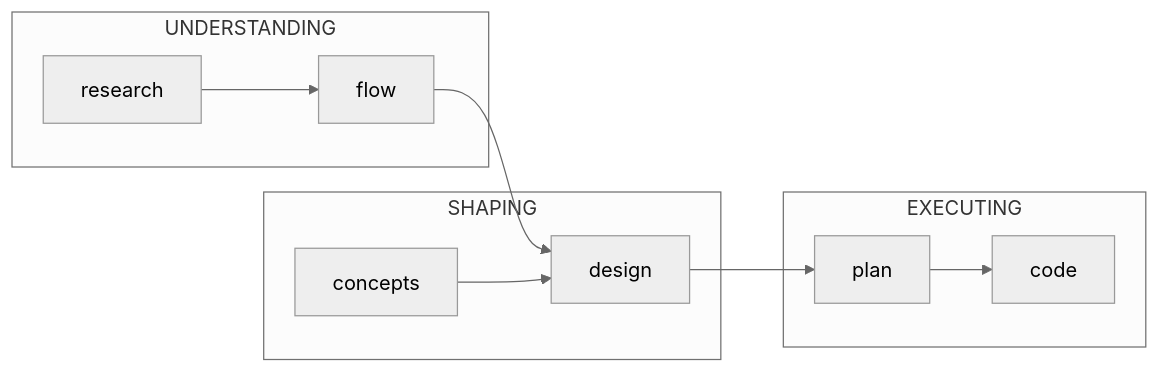
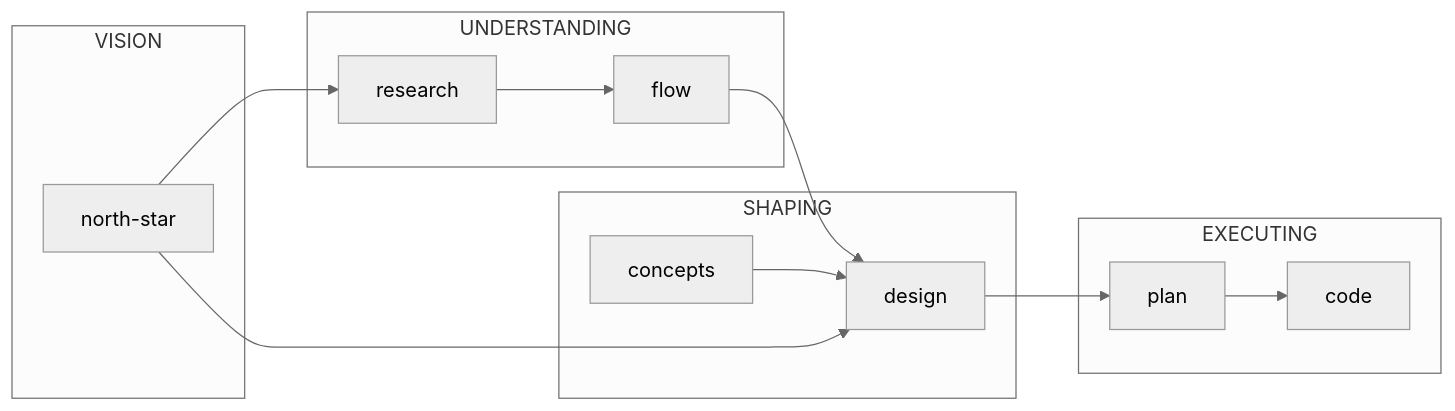
Before and after one commit to RepoQL/RepoQL: the diagram in .claude/Skills/writing-documents/SKILL.md, drawn with Mermaid (neutral theme). The commit also changed other lines of this file and 9 other files, not shown here.

````diff
--- a/.claude/Skills/writing-documents/SKILL.md
+++ b/.claude/Skills/writing-documents/SKILL.md
@@ -196,13 +204,18 @@
 ```mermaid
 flowchart LR
+    subgraph VISION
+        north-star
+    end
     subgraph UNDERSTANDING
+        north-star --> research
         research --> flow
     end
     subgraph SHAPING
+        north-star --> design
         flow --> design
         concepts --> design
     end
     subgraph EXECUTING
         design --> plan --> code
     end
 ```
````
